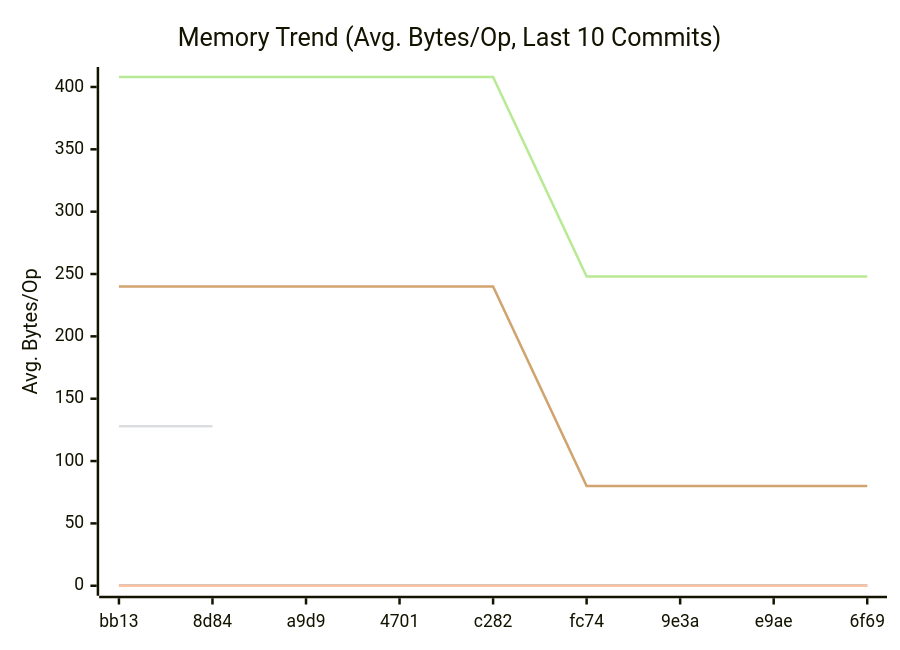
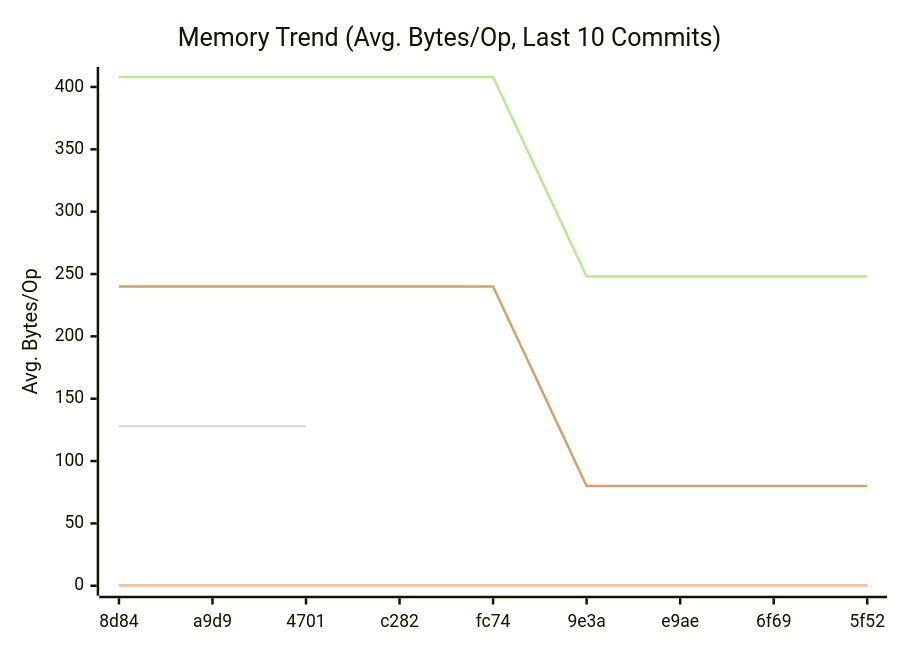
One commit to alsotoes/momo changed the second of 3 diagrams in doc/README.md. Above: the diagram before and after it, drawn with Mermaid. The commit also changed other lines of this file and 1 other file, not shown here.

````diff
--- a/doc/README.md
+++ b/doc/README.md
@@ -307,13 +307,13 @@
 ```mermaid
 xychart-beta
     title "Memory Trend (Avg. Bytes/Op, Last 10 Commits)"
     x-axis "Commit"
     y-axis "Avg. Bytes/Op"
-    x-axis [bb13,8d84,a9d9,4701,c282,fc74,9e3a,e9ae,6f69]
+    x-axis [8d84,a9d9,4701,c282,fc74,9e3a,e9ae,6f69,5f52]
     line "CheckMetricsAndSwap" [0,0,0,0,0,0,0,0,0,0]
     line "IndexDirectTracking" [0,0,0,0,0,0,0,0,0,0]
     line "IndexSearch" [0,0,0,0,0,0,0,0,0,0]
-    line "PadString" [128,128]
+    line "PadString" [128,128,128]
     line "ParseReplicationOrder_NoPrealloc" [408,408,408,408,408,248,248,248,248,248]
     line "ParseReplicationOrder_Prealloc" [240,240,240,240,240,80,80,80,80,80]
 ```
````
